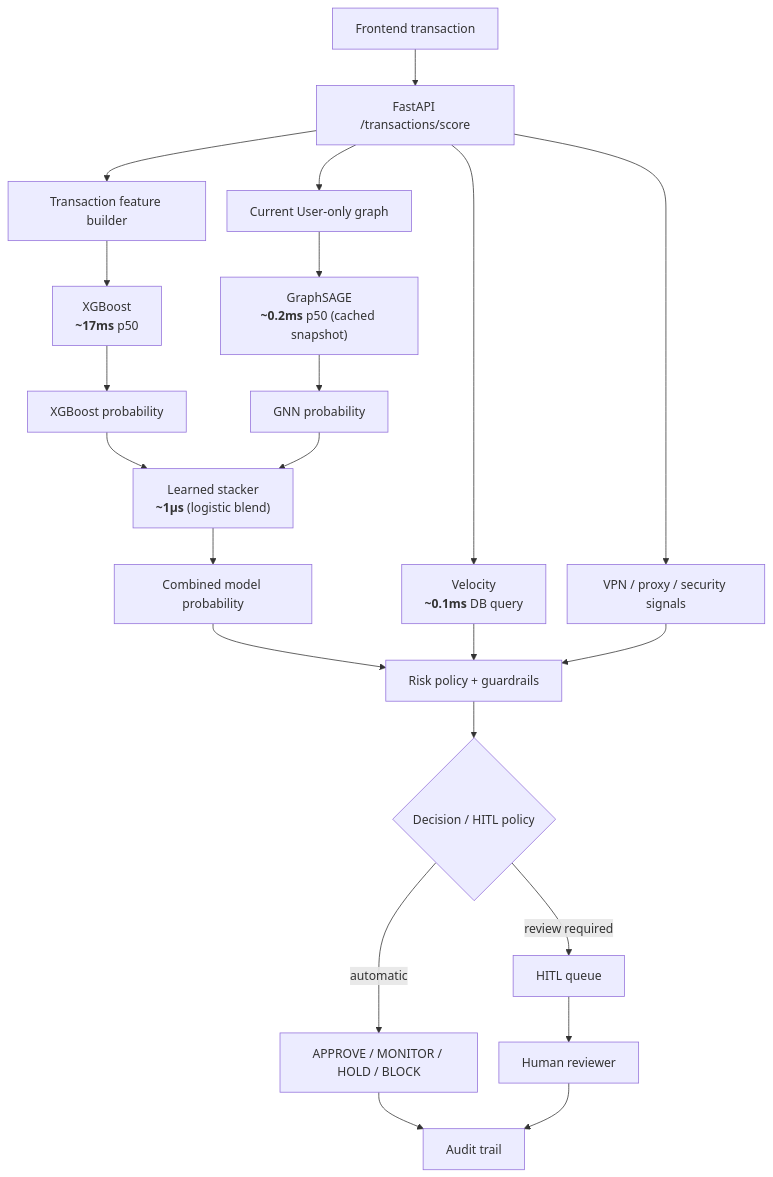
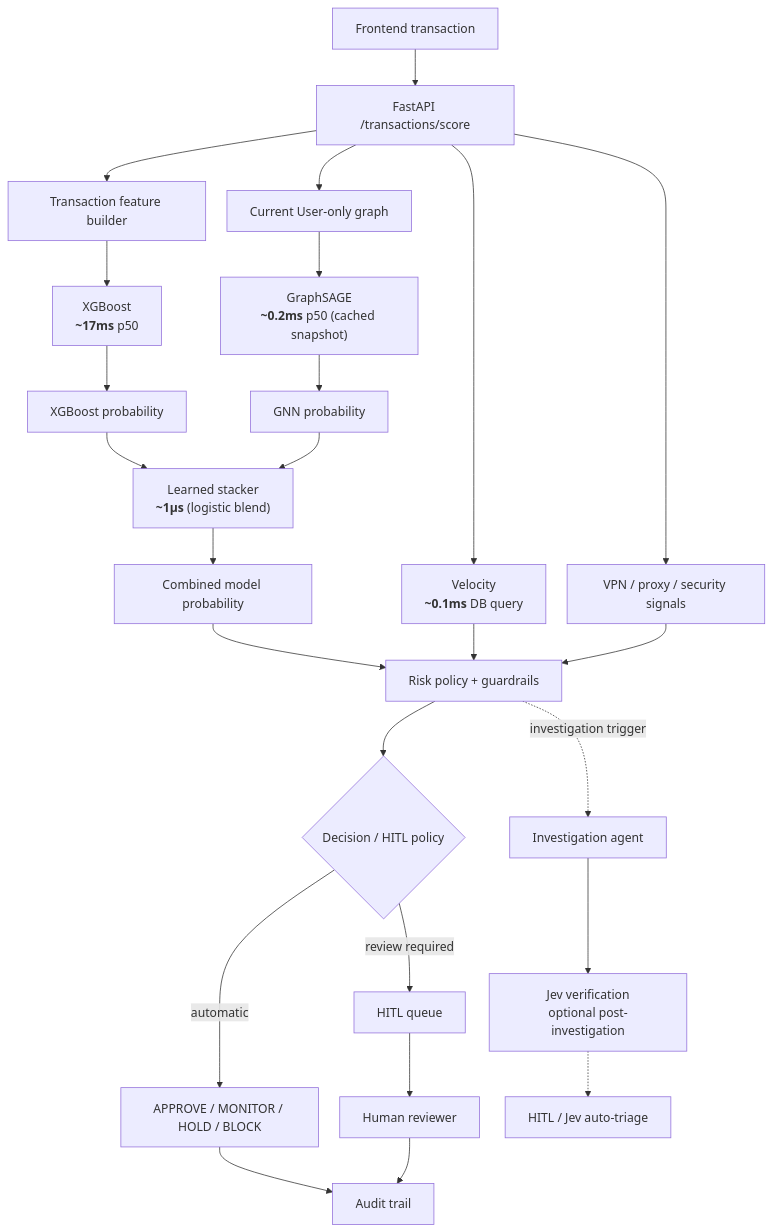
Before and after one commit to Dikshu015/RazorRisk-Agentic-AI-Payment-Fraud-Risk-Investigation-Platform: the diagram in docs/diagrams/live-inference.mmd, drawn with Mermaid.

Commit message:
Update live inference diagram for Jev

```diff
--- a/docs/diagrams/live-inference.mmd
+++ b/docs/diagrams/live-inference.mmd
@@ -1,23 +1,29 @@
 %%{init: {'flowchart': {'nodeSpacing': 28, 'rankSpacing': 48}}}%%
 flowchart TB
     TX[Frontend transaction] --> API[FastAPI /transactions/score]
     API --> TABF[Transaction feature builder]
     API --> GRAPHF[Current User-only graph]
     TABF --> XGB["XGBoost<br/><b>~17ms</b> p50"]
     GRAPHF --> GNN["GraphSAGE<br/><b>~0.2ms</b> p50 (cached snapshot)"]
     XGB --> XS[XGBoost probability]
     GNN --> GS[GNN probability]
     XS --> STACK["Learned stacker<br/><b>~1µs</b> (logistic blend)"]
     GS --> STACK
     STACK --> CAL[Combined model probability]
     API --> VEL["Velocity<br/><b>~0.1ms</b> DB query"]
     API --> SEC[VPN / proxy / security signals]
     CAL --> POL[Risk policy + guardrails]
     VEL --> POL
     SEC --> POL
     POL --> DEC{Decision / HITL policy}
     DEC -->|automatic| OUT[APPROVE / MONITOR / HOLD / BLOCK]
     DEC -->|review required| HITL[HITL queue]
     HITL --> REV[Human reviewer]
     OUT --> AUD[Audit trail]
     REV --> AUD
+
+    %% Jev is intentionally outside the scoring hot path:
+    %% it runs only after an investigation is requested.
+    POL -.->|investigation trigger| INV[Investigation agent]
+    INV --> JEV[Jev verification<br/>optional post-investigation]
+    JEV -.-> HITL2[HITL / Jev auto-triage]
```
